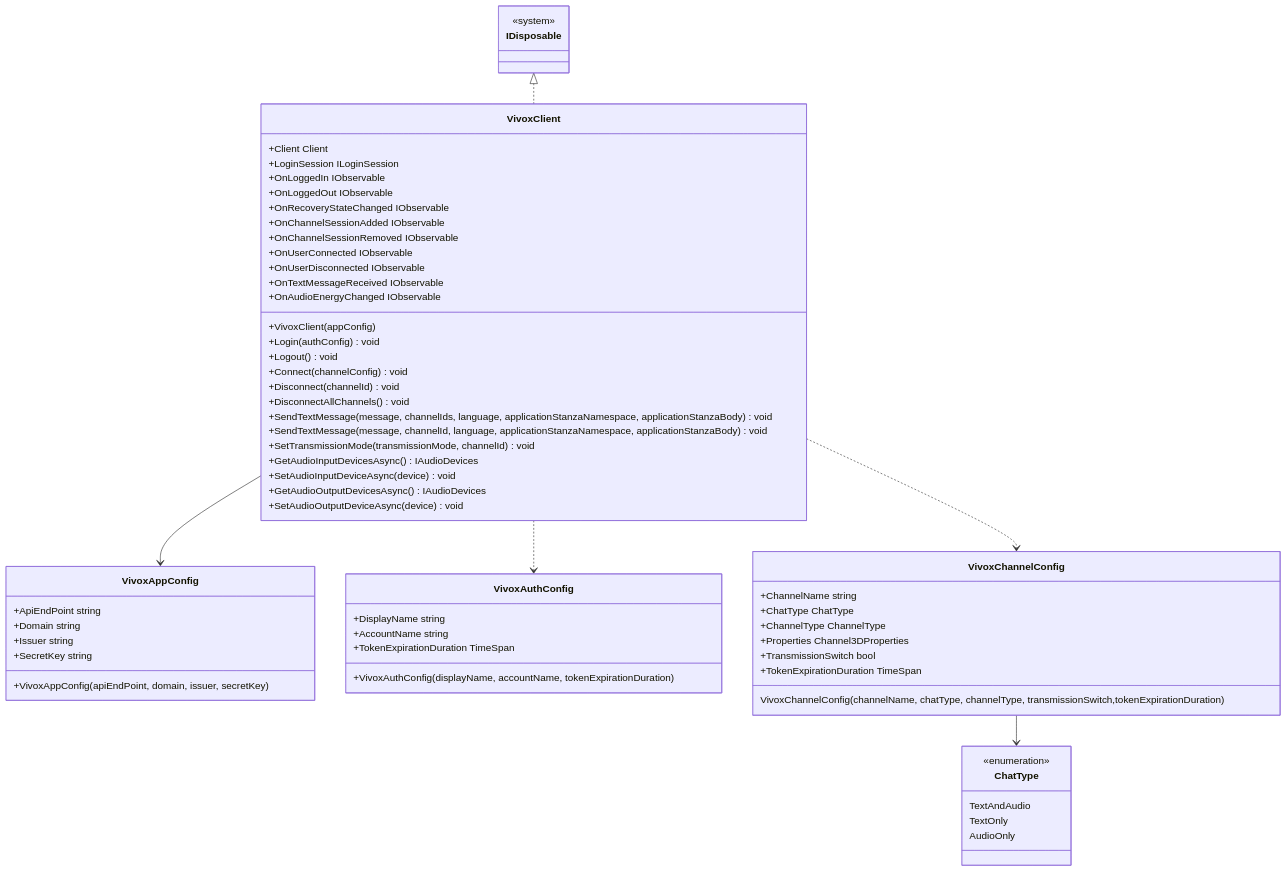
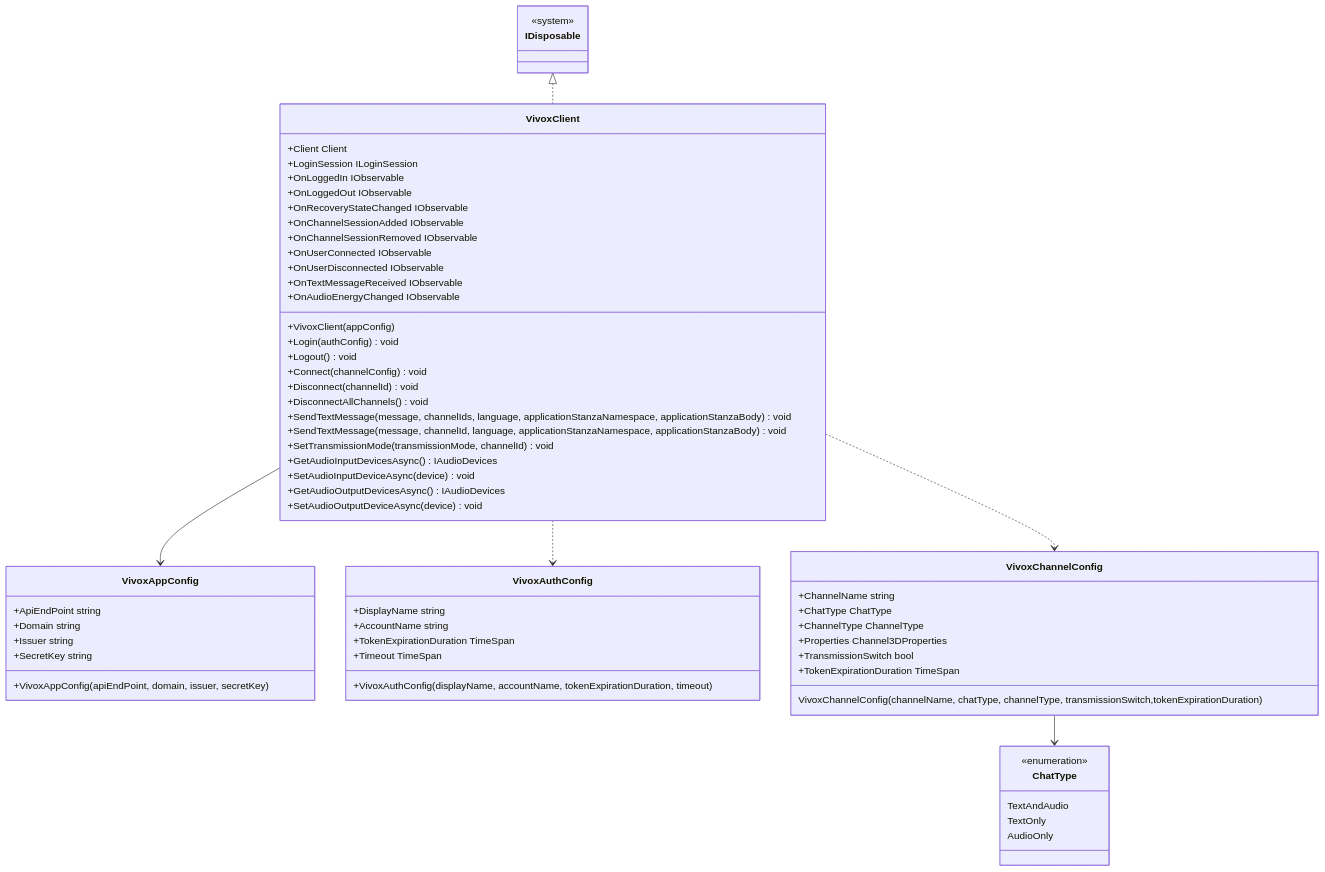
Before and after one commit to extreal-dev/Extreal.Guide: the diagram in docs/integration/chat.vivox.md, drawn with Mermaid.

Commit message:
VivoxAuthConfigにtimeoutを追加

````diff
--- a/docs/integration/chat.vivox.md
+++ b/docs/integration/chat.vivox.md
@@ -40,72 +40,73 @@
 ```mermaid
 classDiagram
 
     VivoxClient --> VivoxAppConfig
     VivoxClient ..> VivoxAuthConfig
     VivoxClient ..> VivoxChannelConfig
     VivoxChannelConfig --> ChatType
     IDisposable <|.. VivoxClient
 
     class VivoxClient {
         +Client Client
         +LoginSession ILoginSession
         +OnLoggedIn IObservable
         +OnLoggedOut IObservable
         +OnRecoveryStateChanged IObservable
         +OnChannelSessionAdded IObservable
         +OnChannelSessionRemoved IObservable
         +OnUserConnected IObservable
         +OnUserDisconnected IObservable
         +OnTextMessageReceived IObservable
         +OnAudioEnergyChanged IObservable
         +VivoxClient(appConfig)
         +Login(authConfig) void
         +Logout() void
         +Connect(channelConfig) void
         +Disconnect(channelId) void
         +DisconnectAllChannels() void
         +SendTextMessage(message, channelIds, language, applicationStanzaNamespace, applicationStanzaBody) void
         +SendTextMessage(message, channelId, language, applicationStanzaNamespace, applicationStanzaBody) void
         +SetTransmissionMode(transmissionMode, channelId) void
         +GetAudioInputDevicesAsync() IAudioDevices
         +SetAudioInputDeviceAsync(device) void
         +GetAudioOutputDevicesAsync() IAudioDevices
         +SetAudioOutputDeviceAsync(device) void
     }
 
     class VivoxAppConfig {
         +ApiEndPoint string
         +Domain string
         +Issuer string
         +SecretKey string
         +VivoxAppConfig(apiEndPoint, domain, issuer, secretKey)
     }
 
     class VivoxAuthConfig {
         +DisplayName string
         +AccountName string
         +TokenExpirationDuration TimeSpan
-        +VivoxAuthConfig(displayName, accountName,  tokenExpirationDuration)
+        +Timeout TimeSpan
+        +VivoxAuthConfig(displayName, accountName,  tokenExpirationDuration, timeout)
     }
 
     class ChatType {
         <<enumeration>>
         TextAndAudio
         TextOnly
         AudioOnly
     }
 
     class VivoxChannelConfig {
         +ChannelName string
         +ChatType ChatType
         +ChannelType ChannelType
         +Properties Channel3DProperties
         +TransmissionSwitch bool
         +TokenExpirationDuration TimeSpan
         VivoxChannelConfig(channelName, chatType, channelType, transmissionSwitch,tokenExpirationDuration)
     }
 
     class IDisposable {
         <<system>>
     }
 ```
````
